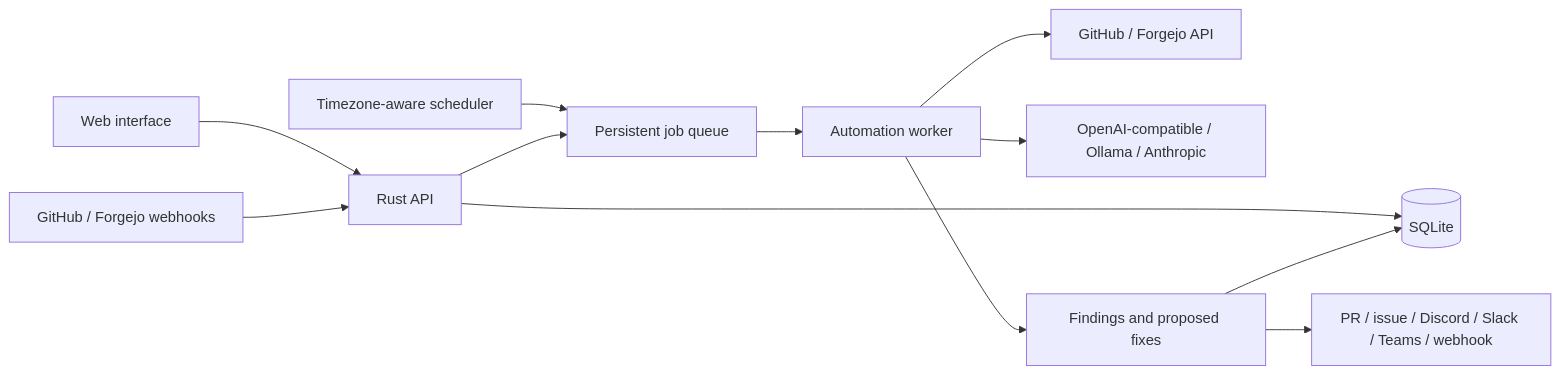
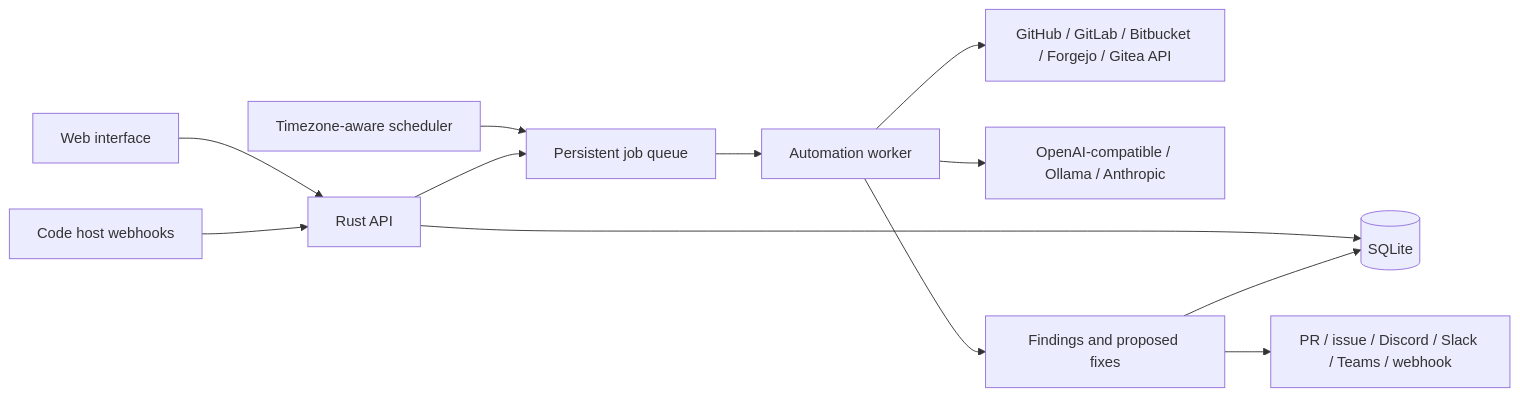
One commit to Alexandre1116/diffrook changed the diagram in docs/architecture.md. Above: the diagram before and after it, drawn with Mermaid. The commit also changed 13 other files, not shown here.

First line of the commit message:
Support GitLab, Bitbucket Cloud, Bitbucket Data Center and Gitea

````diff
--- a/docs/architecture.md
+++ b/docs/architecture.md
@@ -5,14 +5,14 @@
 ```mermaid
 flowchart LR
     UI[Web interface] --> API[Rust API]
-    Events[GitHub / Forgejo webhooks] --> API
+    Events[Code host webhooks] --> API
     Schedule[Timezone-aware scheduler] --> Queue[Persistent job queue]
     API --> Queue
     API --> DB[(SQLite)]
     Queue --> Worker[Automation worker]
-    Worker --> SCM[GitHub / Forgejo API]
+    Worker --> SCM[GitHub / GitLab / Bitbucket / Forgejo / Gitea API]
     Worker --> AI[OpenAI-compatible / Ollama / Anthropic]
     Worker --> Result[Findings and proposed fixes]
     Result --> DB
     Result --> Notify[PR / issue / Discord / Slack / Teams / webhook]
 ```
````
